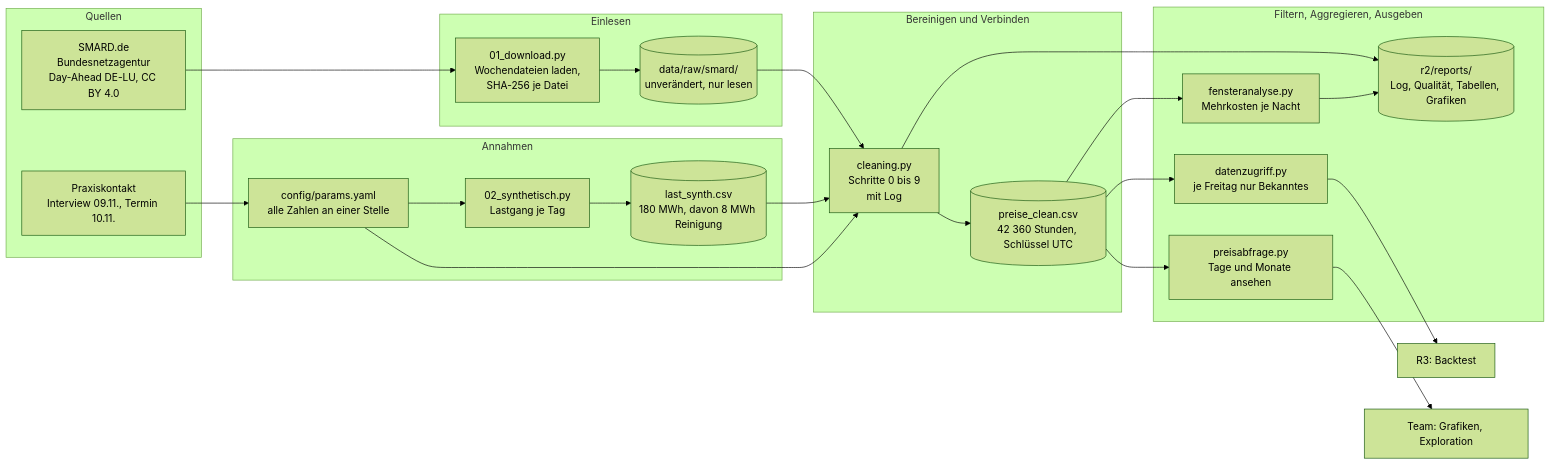
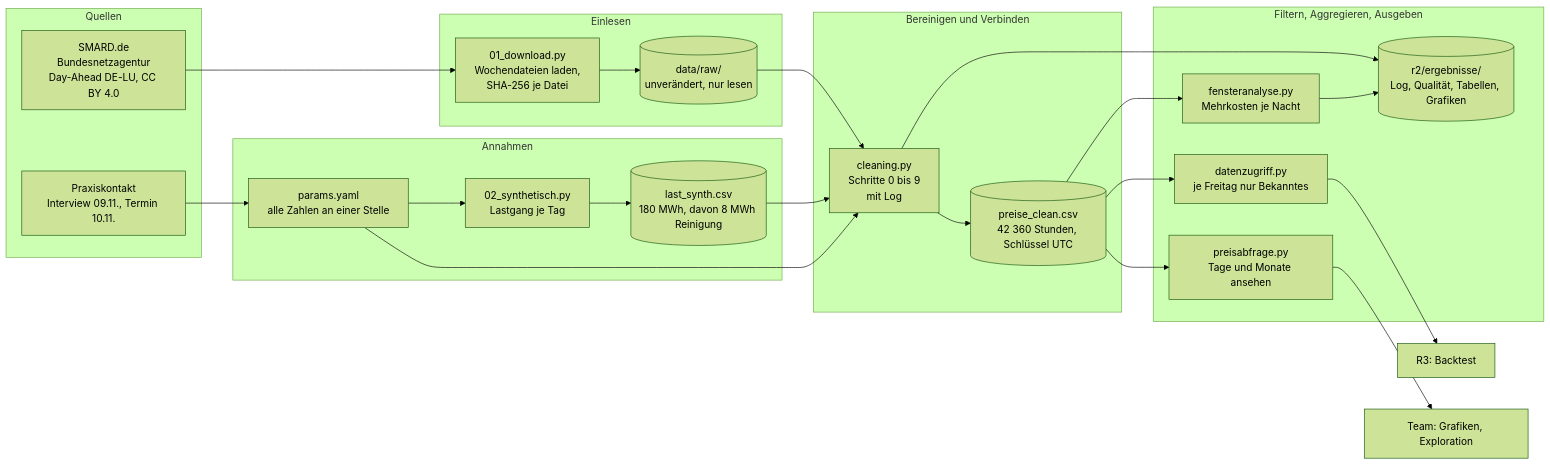
The first of 5 diagrams in r2/docs/architektur.md (fiebermax/AuE_Flexibilitaetswert_DayAhead), drawn with Mermaid (forest theme) before and after one commit. The commit also changed other lines of this file and 315 other files, not shown here.

First line of the commit message:
vereinfachen: Dokumente und Folien-Skript raus, flache Ordner (params.yaml, data/, r2/ergebnisse/); E-039

````diff
--- a/r2/docs/architektur.md
+++ b/r2/docs/architektur.md
@@ -15,37 +15,37 @@
 ```mermaid
 flowchart LR
     subgraph Q["Quellen"]
         SMARD["SMARD.de<br/>Bundesnetzagentur<br/>Day-Ahead DE-LU, CC BY 4.0"]
         PK["Praxiskontakt<br/>Interview 09.11., Termin 10.11."]
     end
     subgraph E["Einlesen"]
         DL["01_download.py<br/>Wochendateien laden,<br/>SHA-256 je Datei"]
-        RAW[("data/raw/smard/<br/>unverändert, nur lesen")]
+        RAW[("data/raw/<br/>unverändert, nur lesen")]
     end
     subgraph A["Annahmen"]
-        PAR["config/params.yaml<br/>alle Zahlen an einer Stelle"]
+        PAR["params.yaml<br/>alle Zahlen an einer Stelle"]
         SYN["02_synthetisch.py<br/>Lastgang je Tag"]
         LAST[("last_synth.csv<br/>180 MWh, davon 8 MWh Reinigung")]
     end
     subgraph B["Bereinigen und Verbinden"]
         CL["cleaning.py<br/>Schritte 0 bis 9<br/>mit Log"]
         CLEAN[("preise_clean.csv<br/>42 360 Stunden, Schlüssel UTC")]
     end
     subgraph F["Filtern, Aggregieren, Ausgeben"]
         FA["fensteranalyse.py<br/>Mehrkosten je Nacht"]
         DZ["datenzugriff.py<br/>je Freitag nur Bekanntes"]
         PA["preisabfrage.py<br/>Tage und Monate ansehen"]
-        REP[("r2/reports/<br/>Log, Qualität, Tabellen, Grafiken")]
+        REP[("r2/ergebnisse/<br/>Log, Qualität, Tabellen, Grafiken")]
     end
     R3["R3: Backtest"]
     TEAM["Team: Grafiken, Exploration"]
 
     SMARD --> DL --> RAW --> CL
     PK --> PAR --> SYN --> LAST --> CL
     PAR --> CL
     CL --> CLEAN
     CL --> REP
     CLEAN --> FA --> REP
     CLEAN --> DZ --> R3
     CLEAN --> PA --> TEAM
 ```
````
